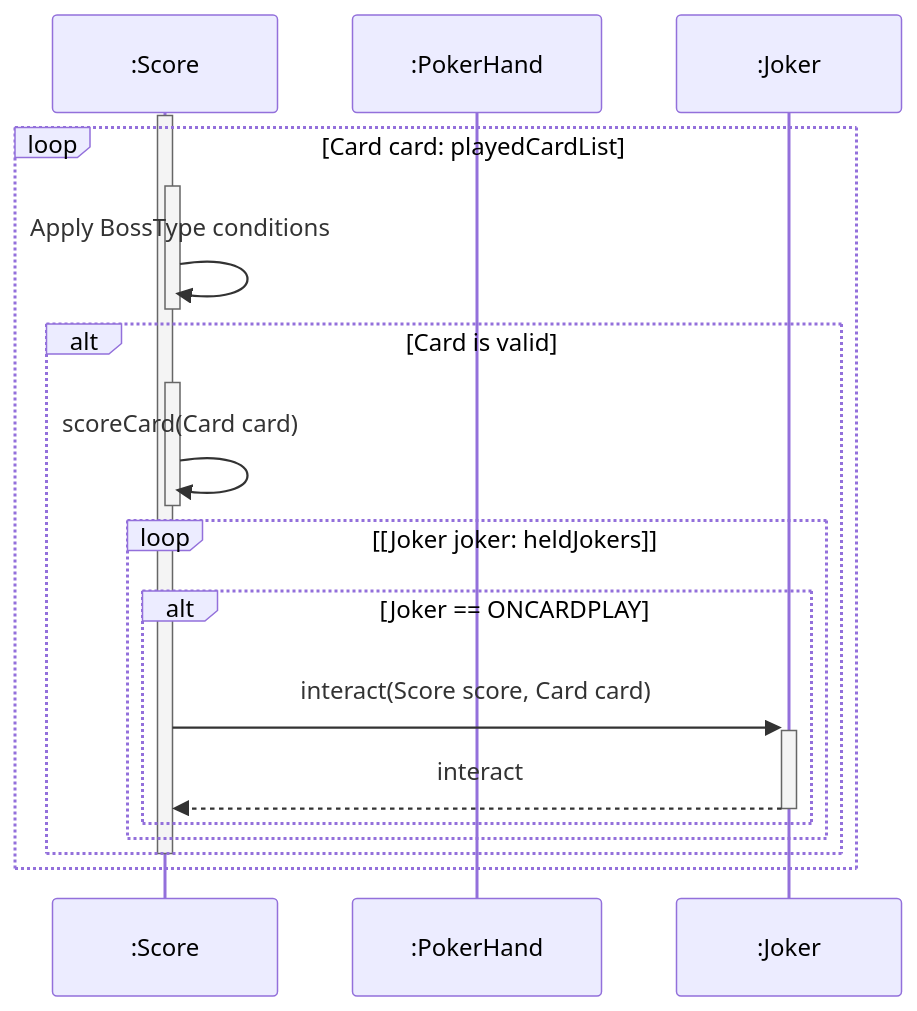
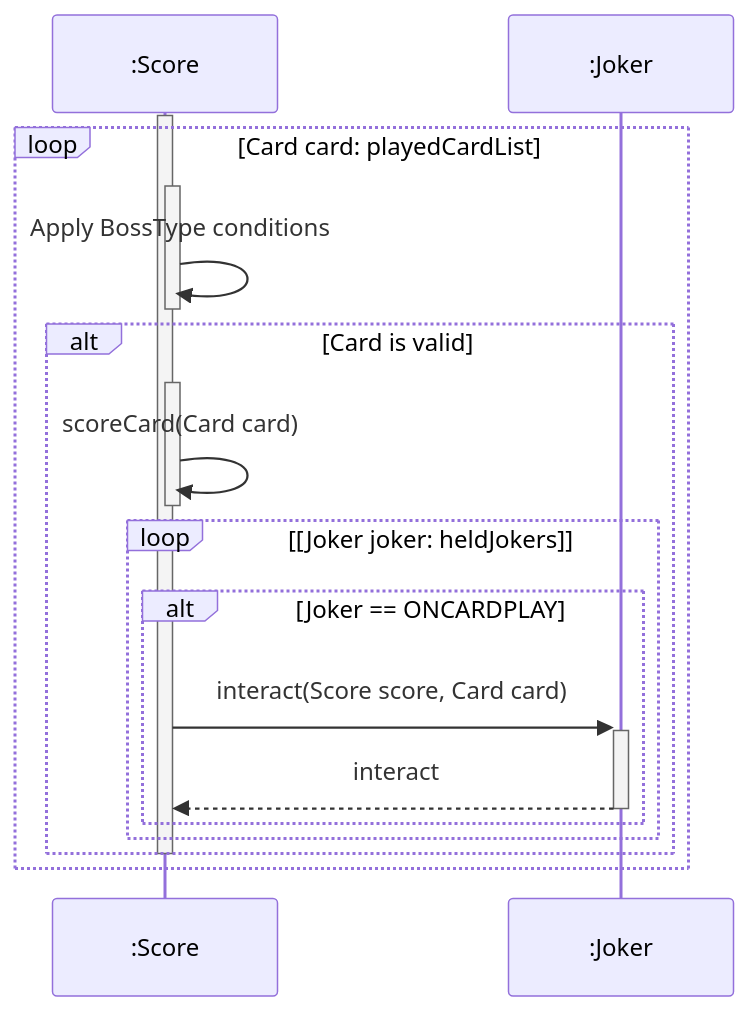
Before and after one commit to jwyk/tp: the diagram in docs/dg_diagrams/Score3 SD.md, drawn with Mermaid. The commit also changed 12 other files, not shown here.

Commit message:
Fix more sequence diagrams to include colons

````diff
--- a/docs/dg_diagrams/Score3 SD.md
+++ b/docs/dg_diagrams/Score3 SD.md
@@ -1,24 +1,23 @@
 ```mermaid
 sequenceDiagram
     participant #58;Score
-    participant #58;PokerHand
     participant #58;Joker
     activate #58;Score
     loop Card card: playedCardList
         activate #58;Score
         #58;Score->>#58;Score: Apply BossType conditions
         deactivate #58;Score
         alt Card is valid
             activate #58;Score
                 #58;Score->>#58;Score: scoreCard(Card card)
             deactivate #58;Score
             loop [Joker joker: heldJokers]
                 alt Joker == ONCARDPLAY
                     #58;Score->>+#58;Joker: interact(Score score, Card card)
                     #58;Joker-->>-#58;Score: interact
                 end
             end
         end
         deactivate #58;Score
     end
 ```
````
